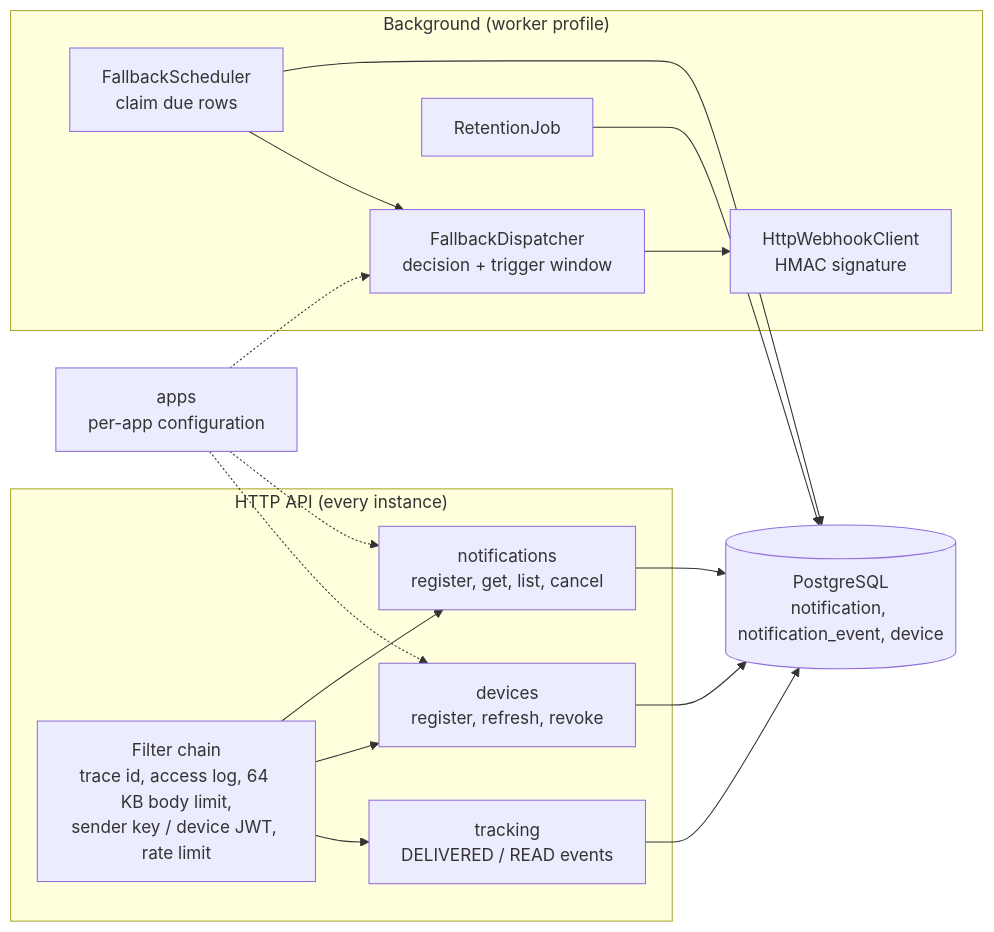
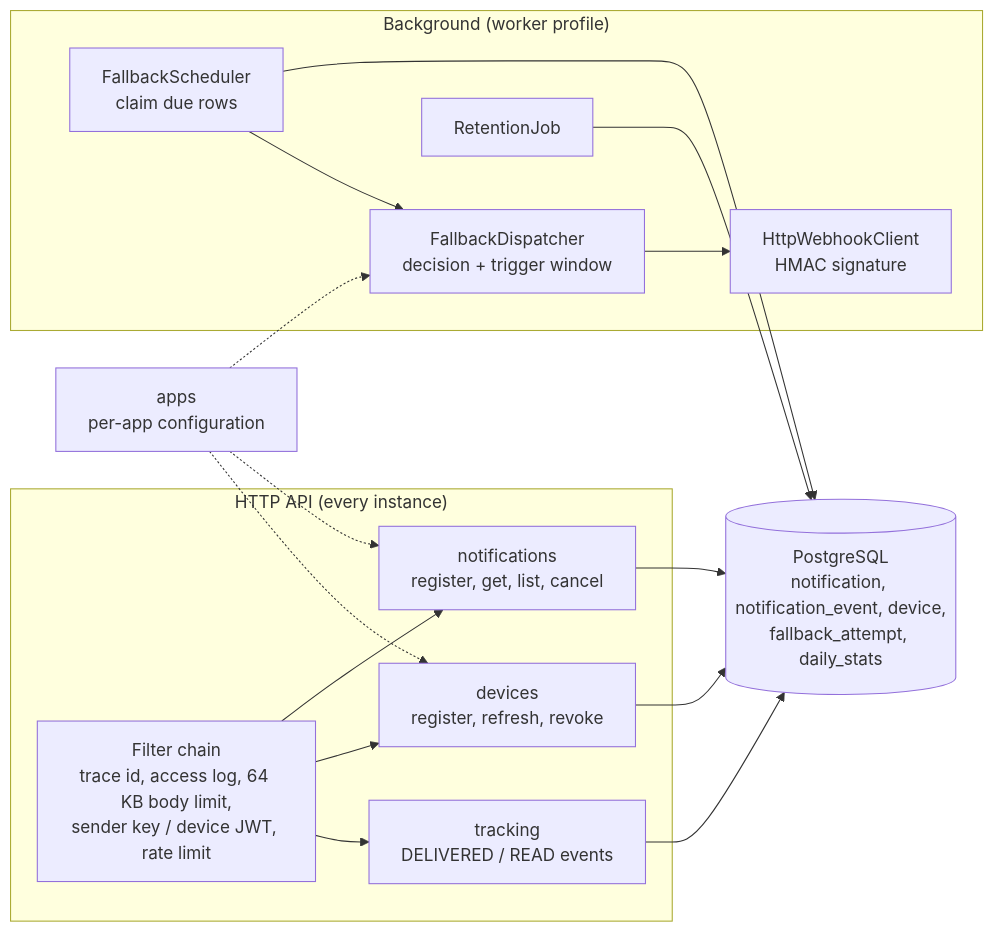
The fifth of 13 diagrams in docs/overview.md (valentirob/reliable-push), drawn with Mermaid before and after one commit. The commit also changed other lines of this file and 20 other files, not shown here.

Commit message:
docs: ops dashboard guide, diagrams, slides and requirements

````diff
--- a/docs/overview.md
+++ b/docs/overview.md
@@ -147,23 +148,23 @@
 ```mermaid
 flowchart LR
   subgraph http["HTTP API (every instance)"]
     F["Filter chain<br/>trace id, access log, 64 KB body limit,<br/>sender key / device JWT, rate limit"]
     NC["notifications<br/>register, get, list, cancel"]
     DC["devices<br/>register, refresh, revoke"]
     EC["tracking<br/>DELIVERED / READ events"]
   end
   subgraph bg["Background (worker profile)"]
     FS["FallbackScheduler<br/>claim due rows"]
     FD["FallbackDispatcher<br/>decision + trigger window"]
     WC["HttpWebhookClient<br/>HMAC signature"]
     RJ["RetentionJob"]
   end
   APPS["apps<br/>per-app configuration"]
-  DB[("PostgreSQL<br/>notification, notification_event, device")]
+  DB[("PostgreSQL<br/>notification, notification_event, device,<br/>fallback_attempt, daily_stats")]
   F --> NC & DC & EC
   NC & DC & EC --> DB
   FS --> DB
   FS --> FD --> WC
   RJ --> DB
   APPS -.-> NC & DC & FD
 ```
````
